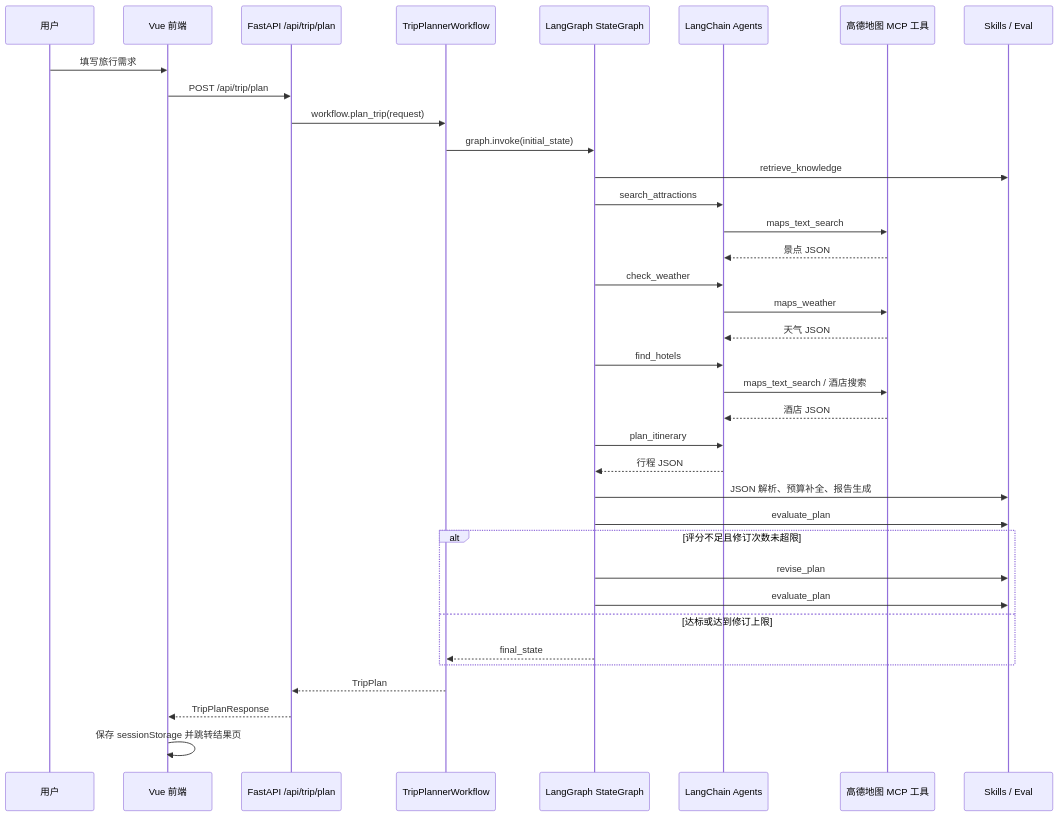
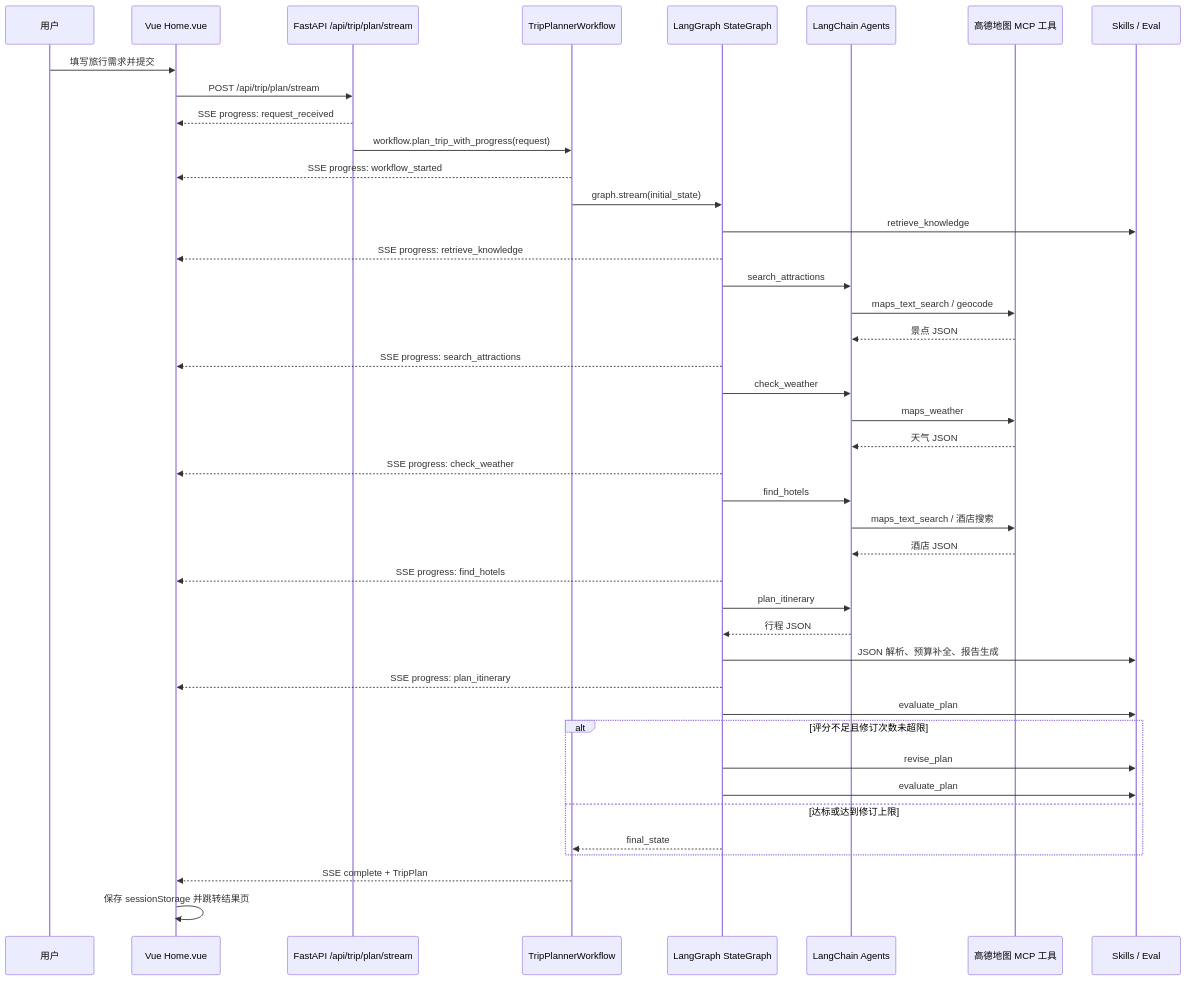
Before and after one commit to Renalssance/LangGraph-trip-planner: the diagram in agent-flow.md, drawn with Mermaid. The commit also changed other lines of this file and 11 other files, not shown here.

````diff
--- a/agent-flow.md
+++ b/agent-flow.md
@@ -39,39 +41,45 @@
 ```mermaid
 sequenceDiagram
     participant U as 用户
-    participant FE as Vue 前端
-    participant API as FastAPI /api/trip/plan
+    participant FE as Vue Home.vue
+    participant API as FastAPI /api/trip/plan/stream
     participant WF as TripPlannerWorkflow
     participant G as LangGraph StateGraph
     participant AG as LangChain Agents
     participant MCP as 高德地图 MCP 工具
     participant SK as Skills / Eval
 
-    U->>FE: 填写旅行需求
-    FE->>API: POST /api/trip/plan
-    API->>WF: workflow.plan_trip(request)
-    WF->>G: graph.invoke(initial_state)
+    U->>FE: 填写旅行需求并提交
+    FE->>API: POST /api/trip/plan/stream
+    API-->>FE: SSE progress: request_received
+    API->>WF: workflow.plan_trip_with_progress(request)
+    WF-->>FE: SSE progress: workflow_started
+    WF->>G: graph.stream(initial_state)
     G->>SK: retrieve_knowledge
+    G-->>FE: SSE progress: retrieve_knowledge
     G->>AG: search_attractions
-    AG->>MCP: maps_text_search
+    AG->>MCP: maps_text_search / geocode
     MCP-->>AG: 景点 JSON
+    G-->>FE: SSE progress: search_attractions
     G->>AG: check_weather
     AG->>MCP: maps_weather
     MCP-->>AG: 天气 JSON
+    G-->>FE: SSE progress: check_weather
     G->>AG: find_hotels
     AG->>MCP: maps_text_search / 酒店搜索
     MCP-->>AG: 酒店 JSON
+    G-->>FE: SSE progress: find_hotels
     G->>AG: plan_itinerary
     AG-->>G: 行程 JSON
     G->>SK: JSON 解析、预算补全、报告生成
+    G-->>FE: SSE progress: plan_itinerary
     G->>SK: evaluate_plan
     alt 评分不足且修订次数未超限
         G->>SK: revise_plan
         G->>SK: evaluate_plan
     else 达标或达到修订上限
         G-->>WF: final_state
     end
-    WF-->>API: TripPlan
-    API-->>FE: TripPlanResponse
+    WF-->>FE: SSE complete + TripPlan
     FE->>FE: 保存 sessionStorage 并跳转结果页
 ```
````
